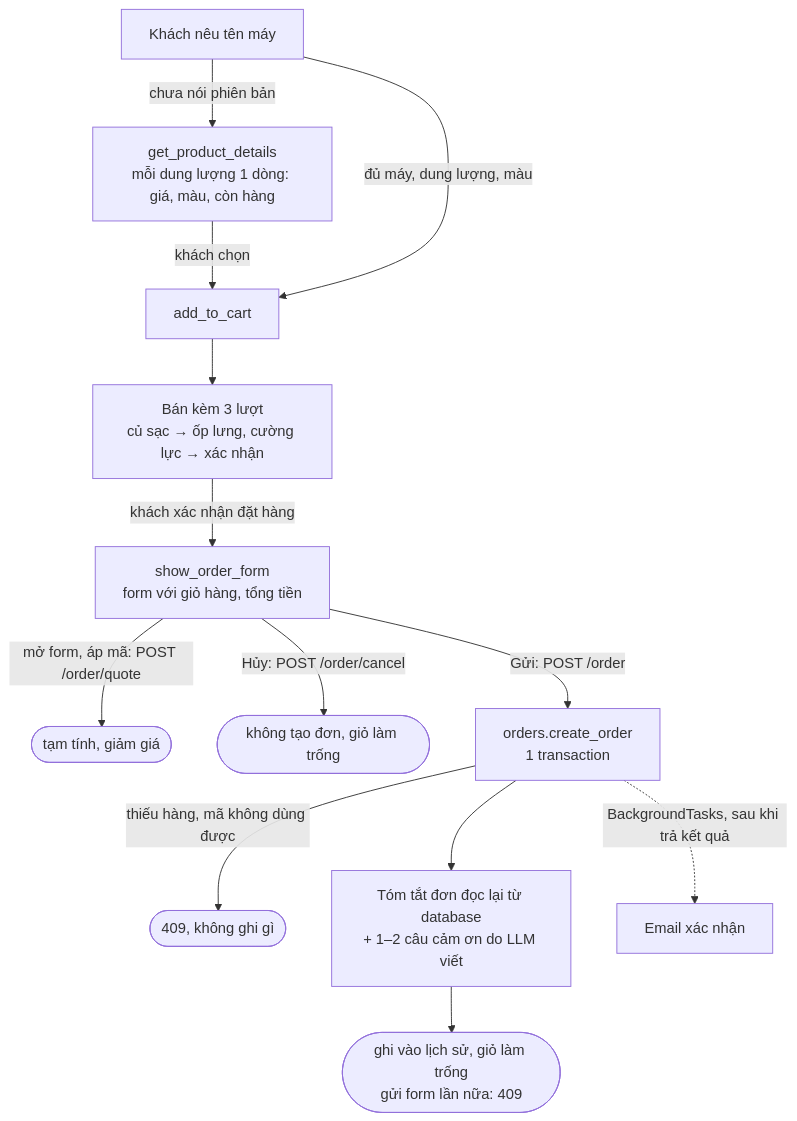
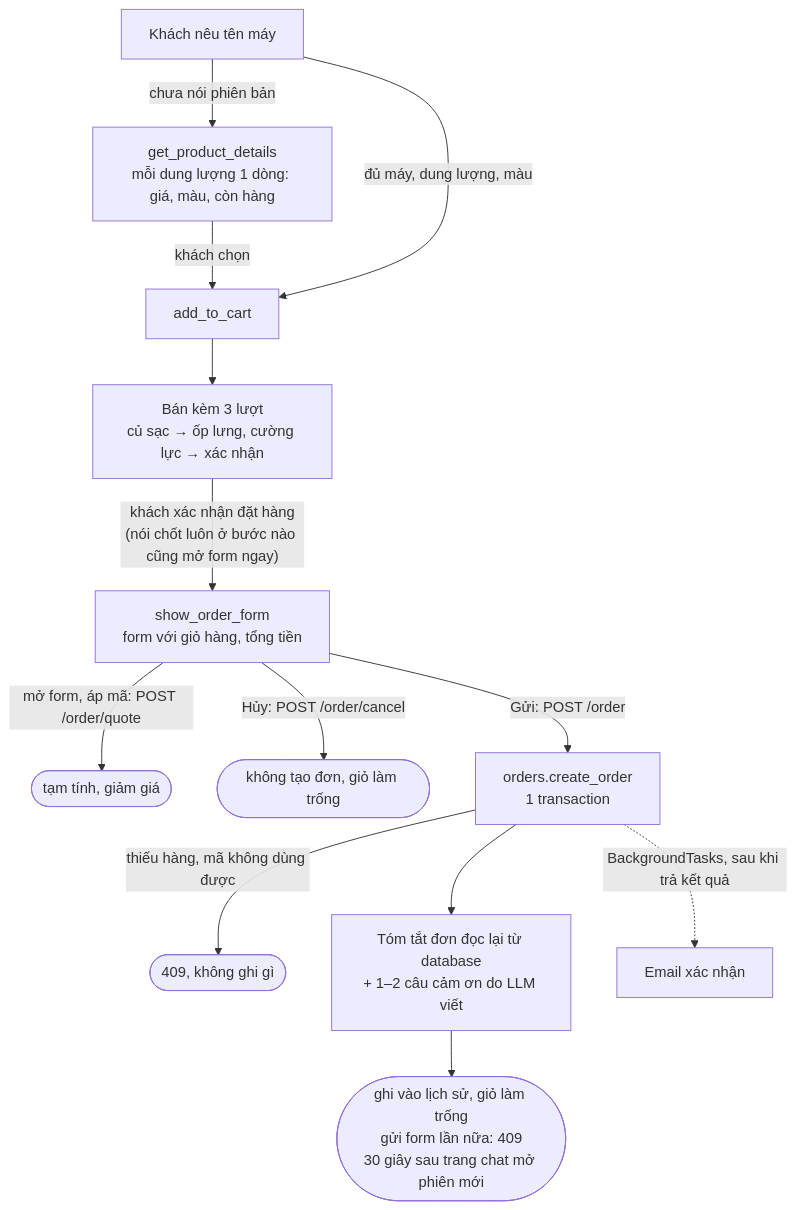
One commit to vu-wspace/sales_agent changed the third of 4 diagrams in README.md. Above: the diagram before and after it, drawn with Mermaid. The commit also changed other lines of this file and 8 other files, not shown here.

First line of the commit message:
chốt đơn luôn ở bước bán kèm, tự reset phiên sau đặt hàng và khi không hoạt động

````diff
--- a/README.md
+++ b/README.md
@@ -274,15 +278,15 @@
 ```mermaid
 flowchart TD
     name["Khách nêu tên máy"] -- "chưa nói phiên bản" --> details["get_product_details<br/>mỗi dung lượng 1 dòng: giá, màu, còn hàng"]
     details -- "khách chọn" --> add
     name -- "đủ máy, dung lượng, màu" --> add["add_to_cart"]
     add --> cross["Bán kèm 3 lượt<br/>củ sạc → ốp lưng, cường lực → xác nhận"]
-    cross -- "khách xác nhận đặt hàng" --> form["show_order_form<br/>form với giỏ hàng, tổng tiền"]
+    cross -- "khách xác nhận đặt hàng<br/>(nói chốt luôn ở bước nào cũng mở form ngay)" --> form["show_order_form<br/>form với giỏ hàng, tổng tiền"]
     form -- "mở form, áp mã: POST /order/quote" --> quote(["tạm tính, giảm giá"])
     form -- "Hủy: POST /order/cancel" --> cancel(["không tạo đơn, giỏ làm trống"])
     form -- "Gửi: POST /order" --> tx["orders.create_order<br/>1 transaction"]
     tx -- "thiếu hàng, mã không dùng được" --> err(["409, không ghi gì"])
     tx --> reply["Tóm tắt đơn đọc lại từ database<br/>+ 1–2 câu cảm ơn do LLM viết"]
-    reply --> done(["ghi vào lịch sử, giỏ làm trống<br/>gửi form lần nữa: 409"])
+    reply --> done(["ghi vào lịch sử, giỏ làm trống<br/>gửi form lần nữa: 409<br/>30 giây sau trang chat mở phiên mới"])
     tx -. "BackgroundTasks, sau khi trả kết quả" .-> mail["Email xác nhận"]
 ```
````
